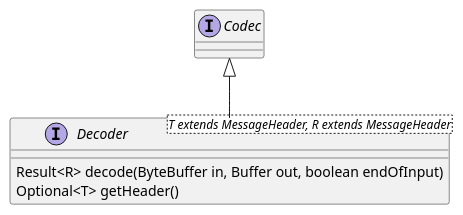
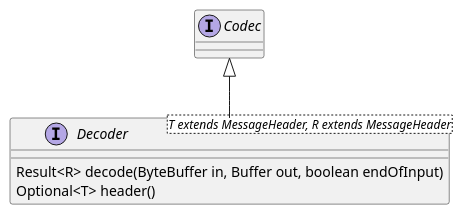
Before and after one commit to mnlipp/jdrupes-httpcodec: the first of 9 diagrams in overview.md, drawn with PlantUML. The commit also changed other lines of this file and 50 other files, not shown here.

```diff
--- a/overview.md
+++ b/overview.md
@@ -228,10 +228,10 @@
 @startuml decoder.svg
 ' ========== Decoder Hierarchy =========
 interface Decoder<T extends MessageHeader, R extends MessageHeader> {
     Result<R> decode(ByteBuffer in, Buffer out, boolean endOfInput)
-    Optional<T> getHeader()
+    Optional<T> header()
 }
 interface Codec {
 }
 Codec <|-- Decoder
 @enduml
```
